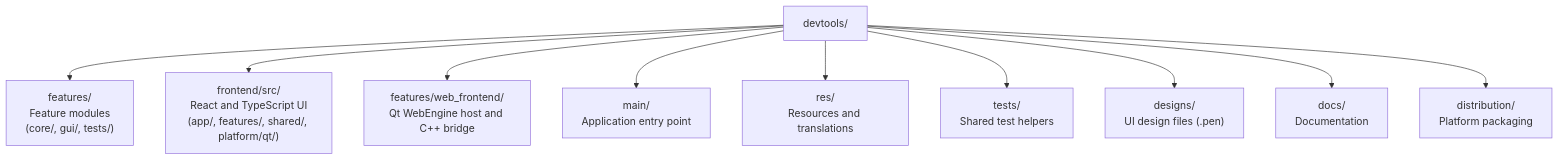
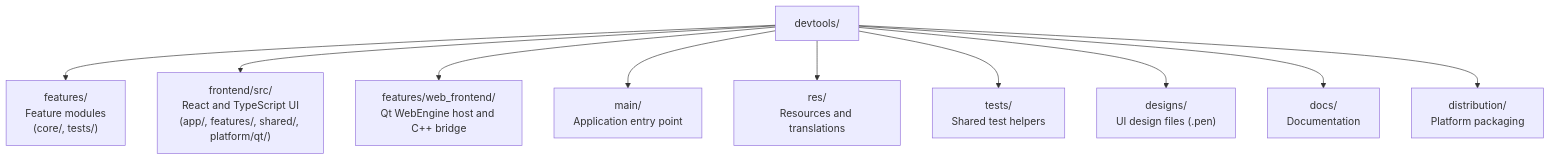
Before and after one commit to LotusAndCompany/devtools: the first of 2 diagrams in CONTRIBUTING.md, drawn with Mermaid. The commit also changed other lines of this file and 141 other files, not shown here.

````diff
--- a/CONTRIBUTING.md
+++ b/CONTRIBUTING.md
@@ -32,13 +32,13 @@
 ```mermaid
 flowchart TD
     root["devtools/"]
-    root --> features["features/<br/>Feature modules<br/>(core/, gui/, tests/)"]
+    root --> features["features/<br/>Feature modules<br/>(core/, tests/)"]
     root --> frontend["frontend/src/<br/>React and TypeScript UI<br/>(app/, features/, shared/, platform/qt/)"]
     root --> webbridge["features/web_frontend/<br/>Qt WebEngine host and C++ bridge"]
     root --> main["main/<br/>Application entry point"]
     root --> resources["res/<br/>Resources and translations"]
     root --> tests["tests/<br/>Shared test helpers"]
     root --> designs["designs/<br/>UI design files (.pen)"]
     root --> docs["docs/<br/>Documentation"]
     root --> distribution["distribution/<br/>Platform packaging"]
 ```
````
